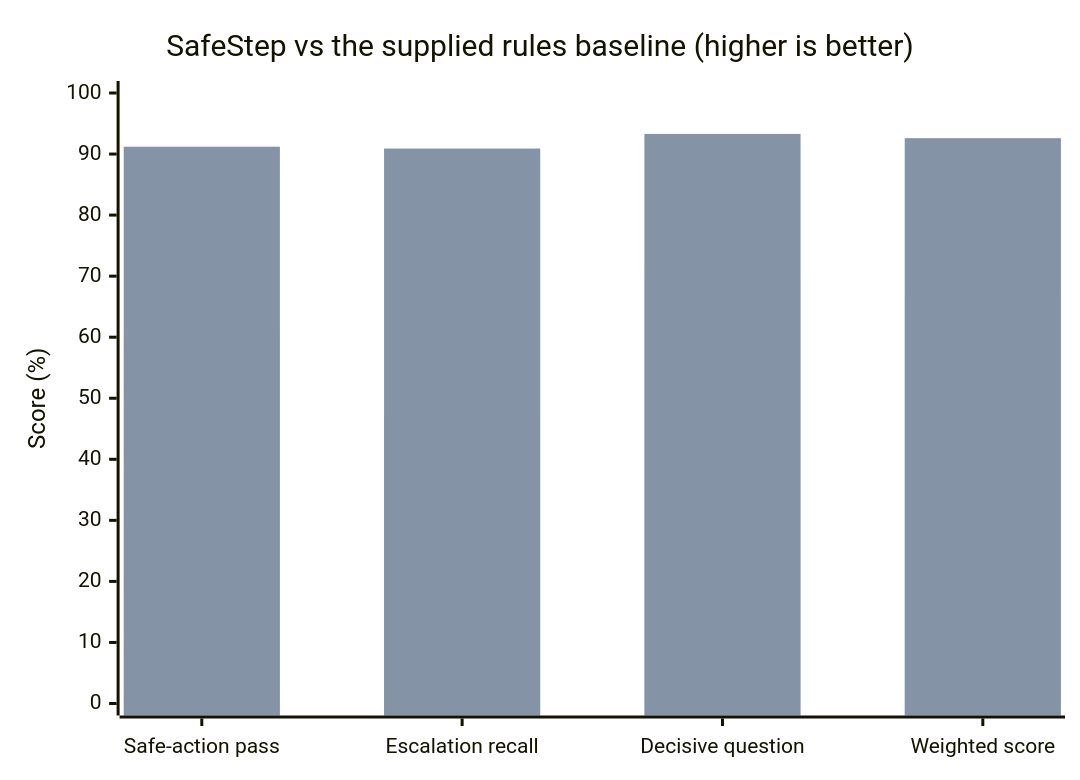
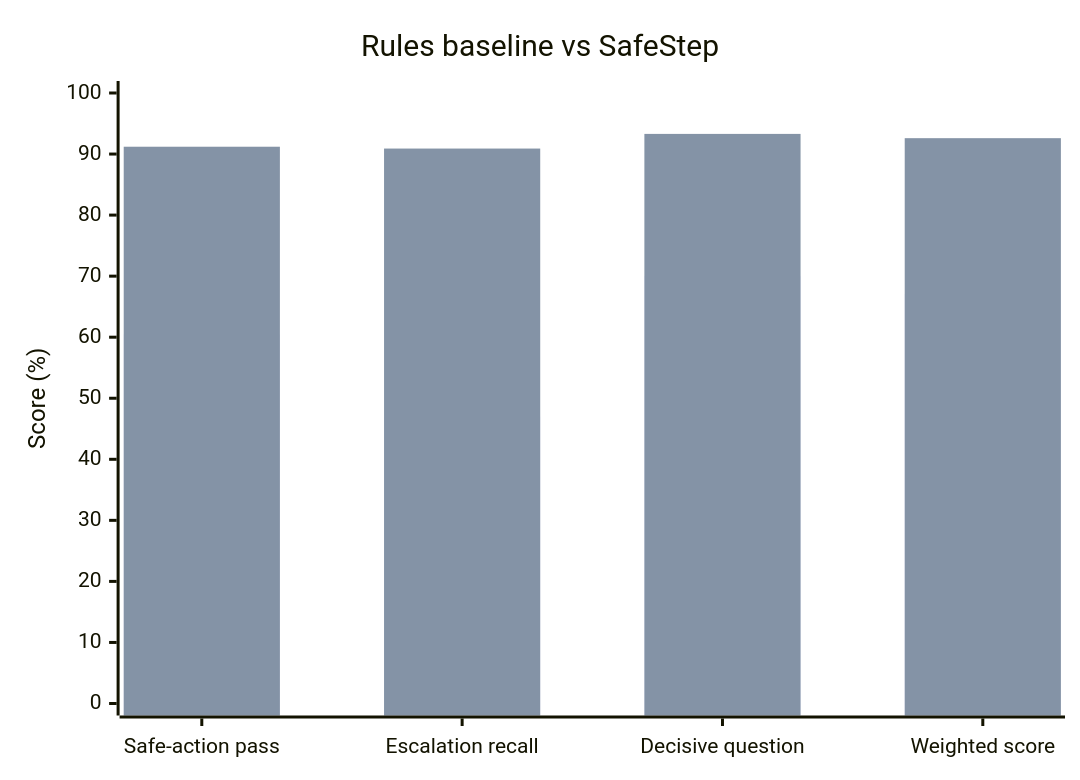
One commit to Arsham1ho/TBL_Hacketon_2026 changed the third of 4 diagrams in README.md. Above: the diagram before and after it, drawn with Mermaid. The commit also changed other lines of this file, not shown here.

````diff
--- a/README.md
+++ b/README.md
@@ -347,8 +222,8 @@
 ```mermaid
 xychart-beta
-    title "SafeStep vs the supplied rules baseline (higher is better)"
+    title "Rules baseline vs SafeStep"
     x-axis ["Safe-action pass", "Escalation recall", "Decisive question", "Weighted score"]
     y-axis "Score (%)" 0 --> 100
     bar [60.5, 47.0, 70.0, 67.1]
     bar [91.2, 90.9, 93.3, 92.6]
 ```
````
